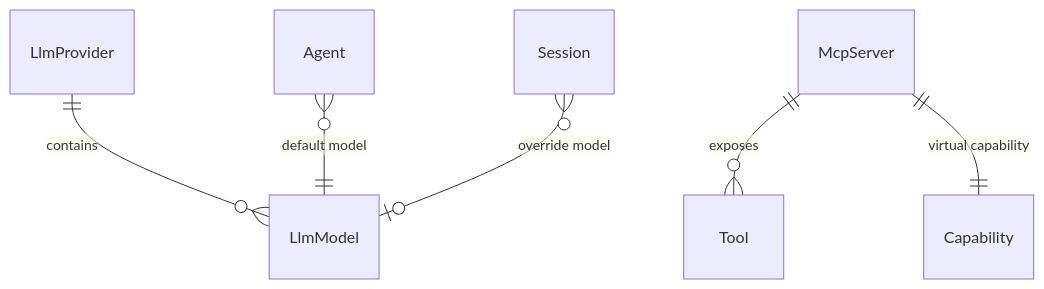
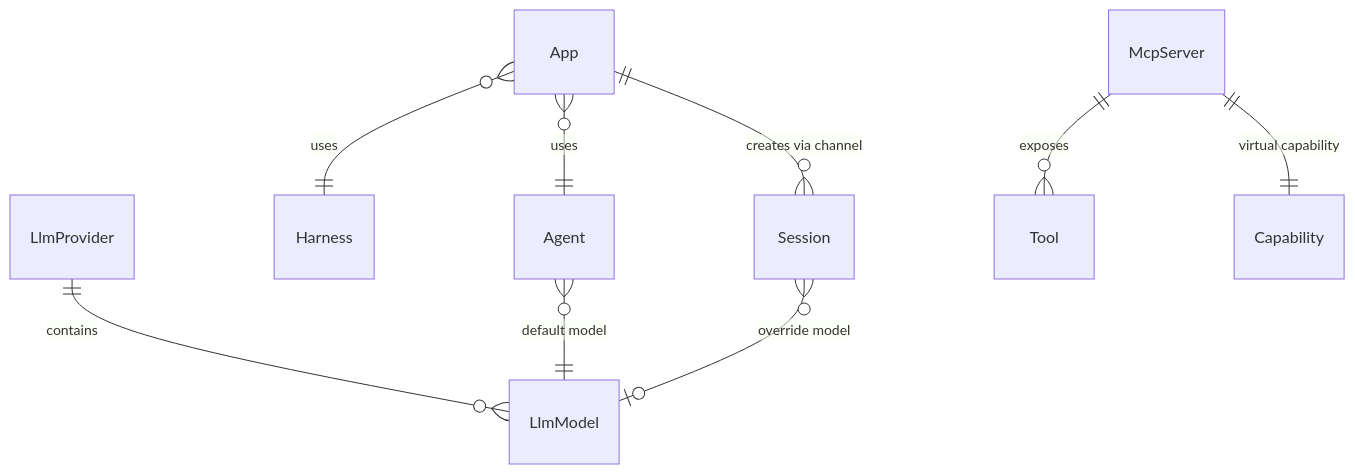
Before and after one commit to everruns/everruns: the third of 3 diagrams in specs/concepts.md, drawn with Mermaid. The commit also changed other lines of this file and 3 other files, not shown here.

````diff
--- a/specs/concepts.md
+++ b/specs/concepts.md
@@ -153,10 +160,14 @@
 ```mermaid
 erDiagram
     LlmProvider ||--o{ LlmModel : "contains"
 
     Agent }o--|| LlmModel : "default model"
     Session }o--o| LlmModel : "override model"
 
     McpServer ||--o{ Tool : "exposes"
     McpServer ||--|| Capability : "virtual capability"
+
+    App }o--|| Harness : "uses"
+    App }o--|| Agent : "uses"
+    App ||--o{ Session : "creates via channel"
 ```
````
